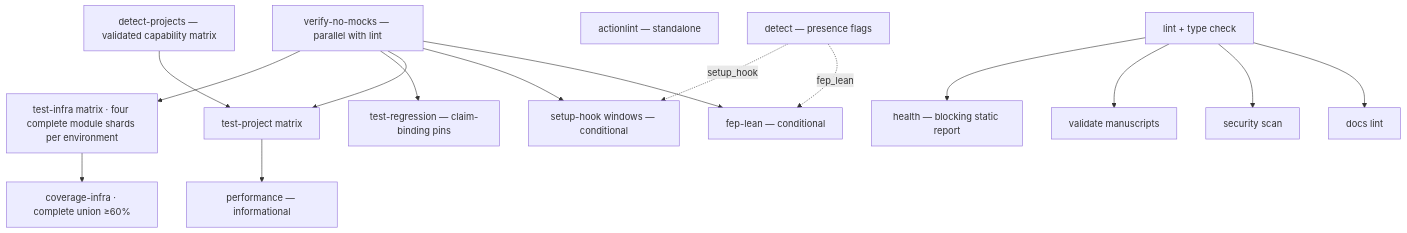
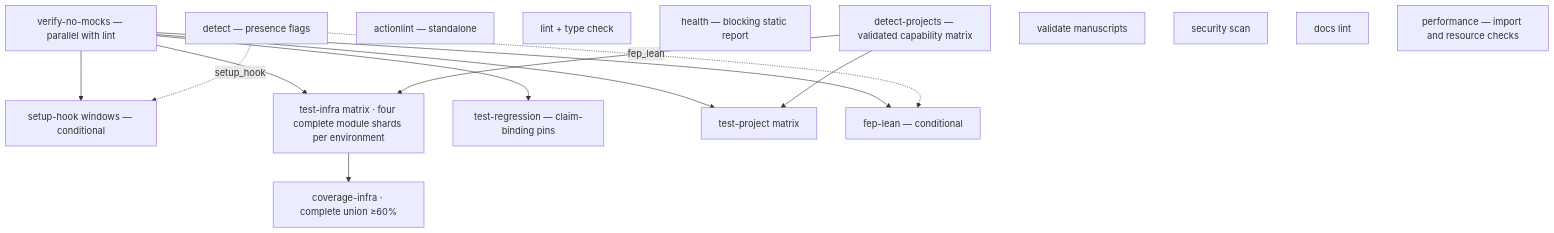
One commit to docxology/template changed the eighth of 8 diagrams in .github/README.md. Above: the diagram before and after it, drawn with Mermaid. The commit also changed other lines of this file and 2 other files, not shown here.

Commit message:
docs(ci): distinguish functional checks from optional hardening

````diff
--- a/.github/README.md
+++ b/.github/README.md
@@ -947,33 +947,29 @@
 ```mermaid
 flowchart TB
     D[detect — presence flags]
     DP[detect-projects — validated capability matrix]
     AL[actionlint — standalone]
     L[lint + type check]
     H[health — blocking static report]
     VNM[verify-no-mocks — parallel with lint]
     SH[setup-hook windows — conditional]
     TI[test-infra matrix · four complete module shards per environment]
     IC[coverage-infra · complete union ≥60%]
     TR[test-regression — claim-binding pins]
     TP[test-project matrix]
     FL[fep-lean — conditional]
     VM[validate manuscripts]
     SS[security scan]
     DL[docs lint]
-    PC[performance — informational]
-    L --> H
-    L --> VM
-    L --> SS
-    L --> DL
+    PC[performance — import and resource checks]
     VNM --> TI
     VNM --> TR
     VNM --> TP
     VNM --> SH
     VNM --> FL
     D -. setup_hook .-> SH
     D -. fep_lean .-> FL
+    DP --> TI
     DP --> TP
     TI --> IC
-    TP --> PC
 ```
````
